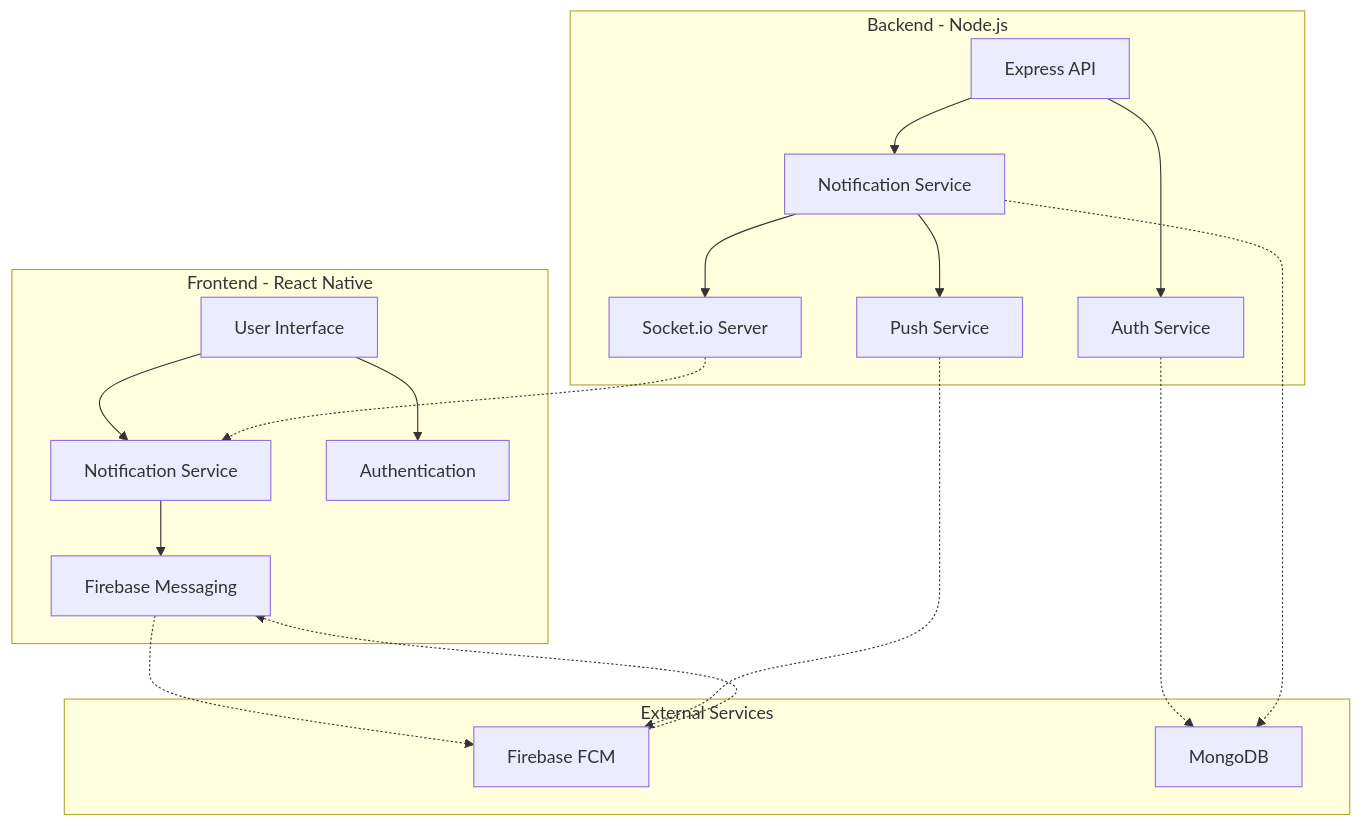
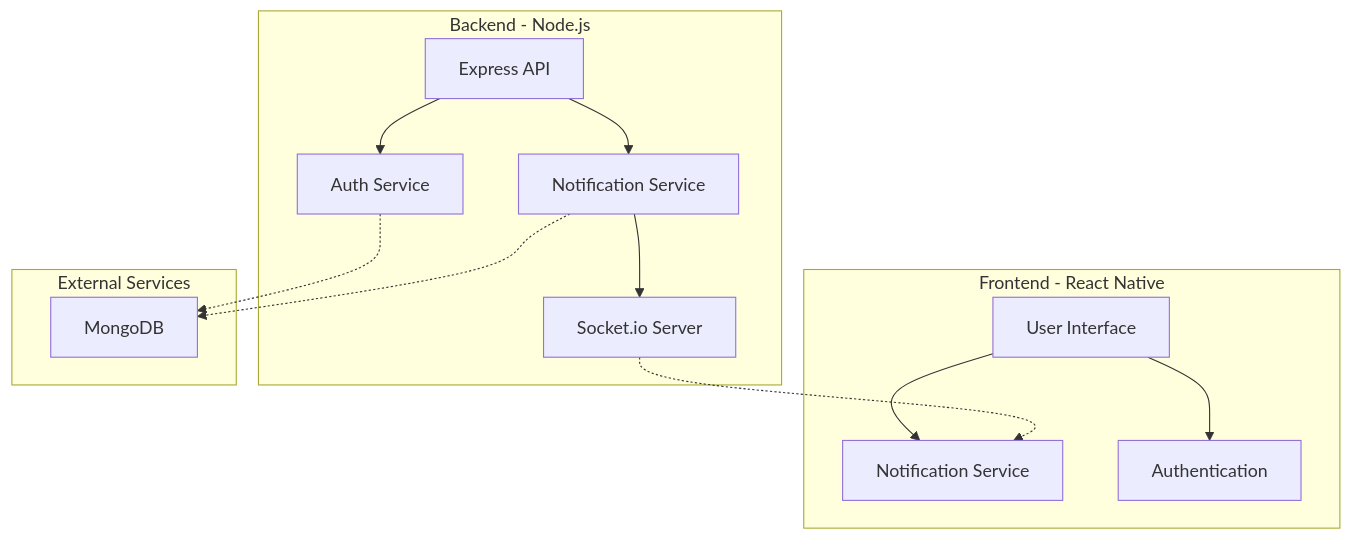
One commit to ALOK-Yeager/notifyme changed the first of 3 diagrams in README.md. Above: the diagram before and after it, drawn with Mermaid. The commit also changed other lines of this file and 14 other files, not shown here.

Commit message:
Removed FCM push notifications and replaced with socket-based notifications

````diff
--- a/README.md
+++ b/README.md
@@ -19,27 +16,21 @@
 ```mermaid
 graph TB
     subgraph "Frontend - React Native"
         A[User Interface] --> B[Notification Service]
-        B --> C[Firebase Messaging]
         A --> D[Authentication]
     end
     
     subgraph "Backend - Node.js"
         E[Express API] --> F[Auth Service]
         E --> G[Notification Service]
         G --> H[Socket.io Server]
-        G --> I[Push Service]
     end
     
     subgraph "External Services"
-        J[Firebase FCM] 
         K[MongoDB]
     end
     
-    C -.-> J
-    I -.-> J
     F -.-> K
     G -.-> K
-    J -.-> C
     H -.-> B
 ```
````
